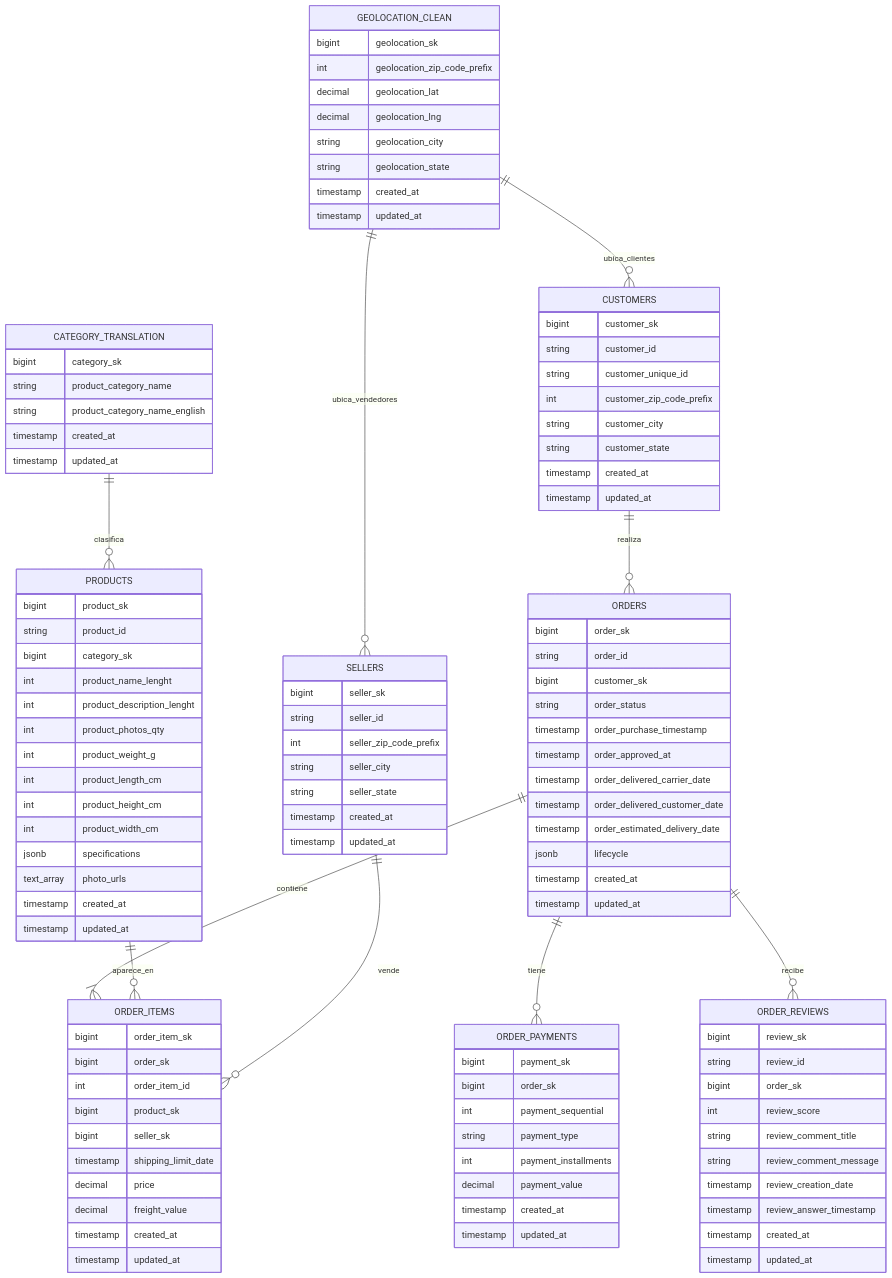
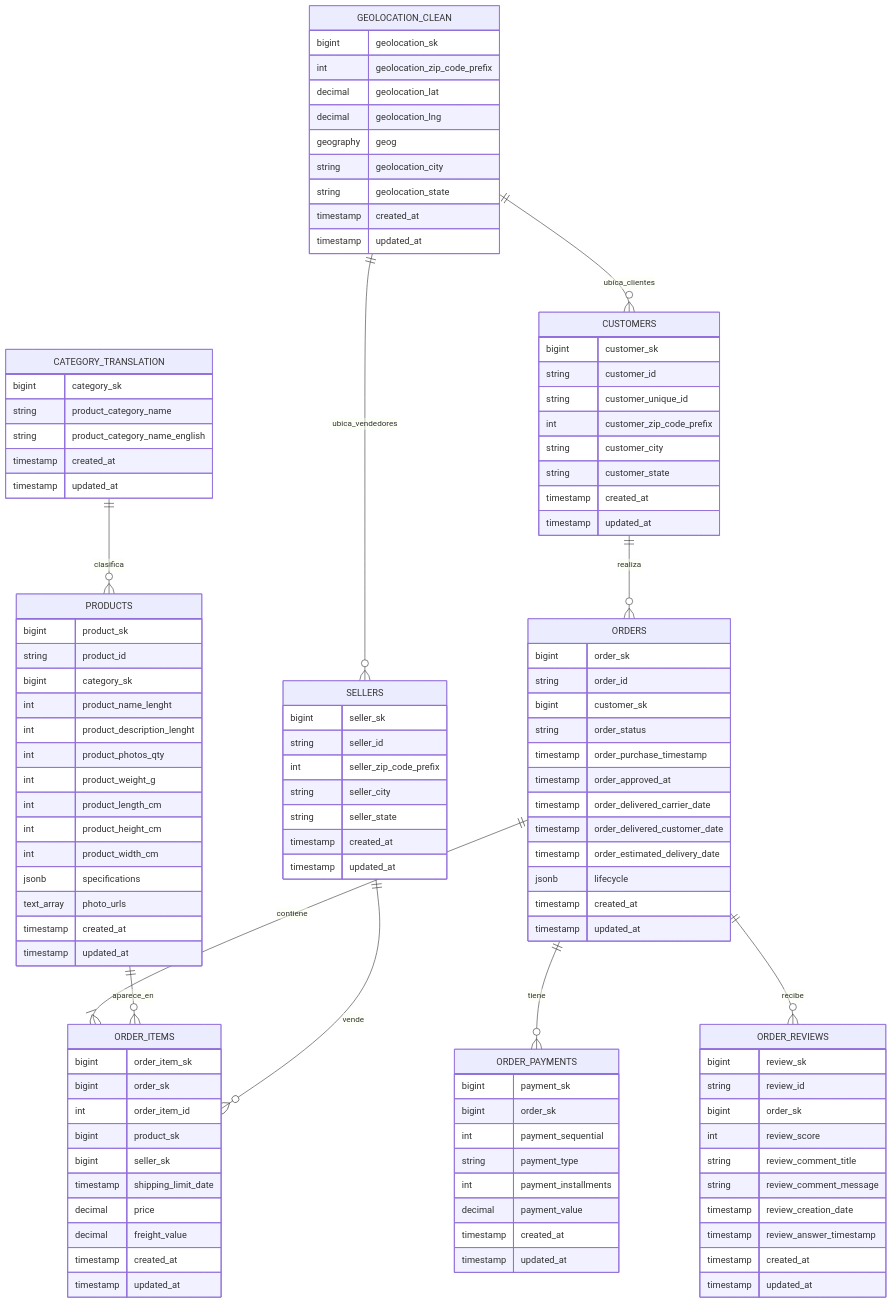
Before and after one commit to capadil/Ecommify_Olist: the diagram in Ecommify_Database_Design/docs/modelo_entidad_relacion.mmd, drawn with Mermaid. The commit also changed 9 other files, not shown here.

```diff
--- a/Ecommify_Database_Design/docs/modelo_entidad_relacion.mmd
+++ b/Ecommify_Database_Design/docs/modelo_entidad_relacion.mmd
@@ -1,119 +1,120 @@
 erDiagram
     CUSTOMERS ||--o{ ORDERS : "realiza"
     ORDERS ||--|{ ORDER_ITEMS : "contiene"
     PRODUCTS ||--o{ ORDER_ITEMS : "aparece_en"
     SELLERS ||--o{ ORDER_ITEMS : "vende"
     ORDERS ||--o{ ORDER_PAYMENTS : "tiene"
     ORDERS ||--o{ ORDER_REVIEWS : "recibe"
     CATEGORY_TRANSLATION ||--o{ PRODUCTS : "clasifica"
     GEOLOCATION_CLEAN ||--o{ CUSTOMERS : "ubica_clientes"
     GEOLOCATION_CLEAN ||--o{ SELLERS : "ubica_vendedores"
 
     CUSTOMERS {
         bigint customer_sk
         string customer_id
         string customer_unique_id
         int customer_zip_code_prefix
         string customer_city
         string customer_state
         timestamp created_at
         timestamp updated_at
     }
 
     ORDERS {
         bigint order_sk
         string order_id
         bigint customer_sk
         string order_status
         timestamp order_purchase_timestamp
         timestamp order_approved_at
         timestamp order_delivered_carrier_date
         timestamp order_delivered_customer_date
         timestamp order_estimated_delivery_date
         jsonb lifecycle
         timestamp created_at
         timestamp updated_at
     }
 
     ORDER_ITEMS {
         bigint order_item_sk
         bigint order_sk
         int order_item_id
         bigint product_sk
         bigint seller_sk
         timestamp shipping_limit_date
         decimal price
         decimal freight_value
         timestamp created_at
         timestamp updated_at
     }
 
     ORDER_PAYMENTS {
         bigint payment_sk
         bigint order_sk
         int payment_sequential
         string payment_type
         int payment_installments
         decimal payment_value
         timestamp created_at
         timestamp updated_at
     }
 
     PRODUCTS {
         bigint product_sk
         string product_id
         bigint category_sk
         int product_name_lenght
         int product_description_lenght
         int product_photos_qty
         int product_weight_g
         int product_length_cm
         int product_height_cm
         int product_width_cm
         jsonb specifications
         text_array photo_urls
         timestamp created_at
         timestamp updated_at
     }
 
     CATEGORY_TRANSLATION {
         bigint category_sk
         string product_category_name
         string product_category_name_english
         timestamp created_at
         timestamp updated_at
     }
 
     SELLERS {
         bigint seller_sk
         string seller_id
         int seller_zip_code_prefix
         string seller_city
         string seller_state
         timestamp created_at
         timestamp updated_at
     }
 
     ORDER_REVIEWS {
         bigint review_sk
         string review_id
         bigint order_sk
         int review_score
         string review_comment_title
         string review_comment_message
         timestamp review_creation_date
         timestamp review_answer_timestamp
         timestamp created_at
         timestamp updated_at
     }
 
     GEOLOCATION_CLEAN {
         bigint geolocation_sk
         int geolocation_zip_code_prefix
         decimal geolocation_lat
         decimal geolocation_lng
+        geography geog
         string geolocation_city
         string geolocation_state
         timestamp created_at
         timestamp updated_at
     }
```
